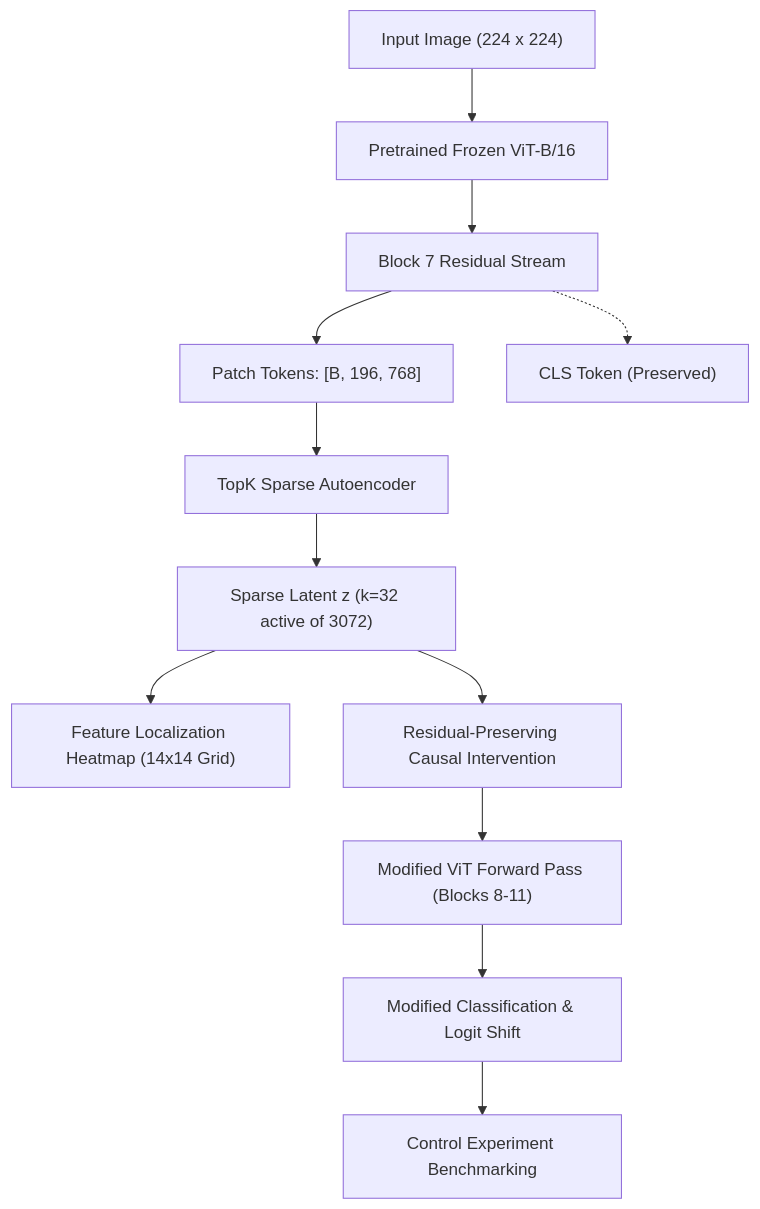
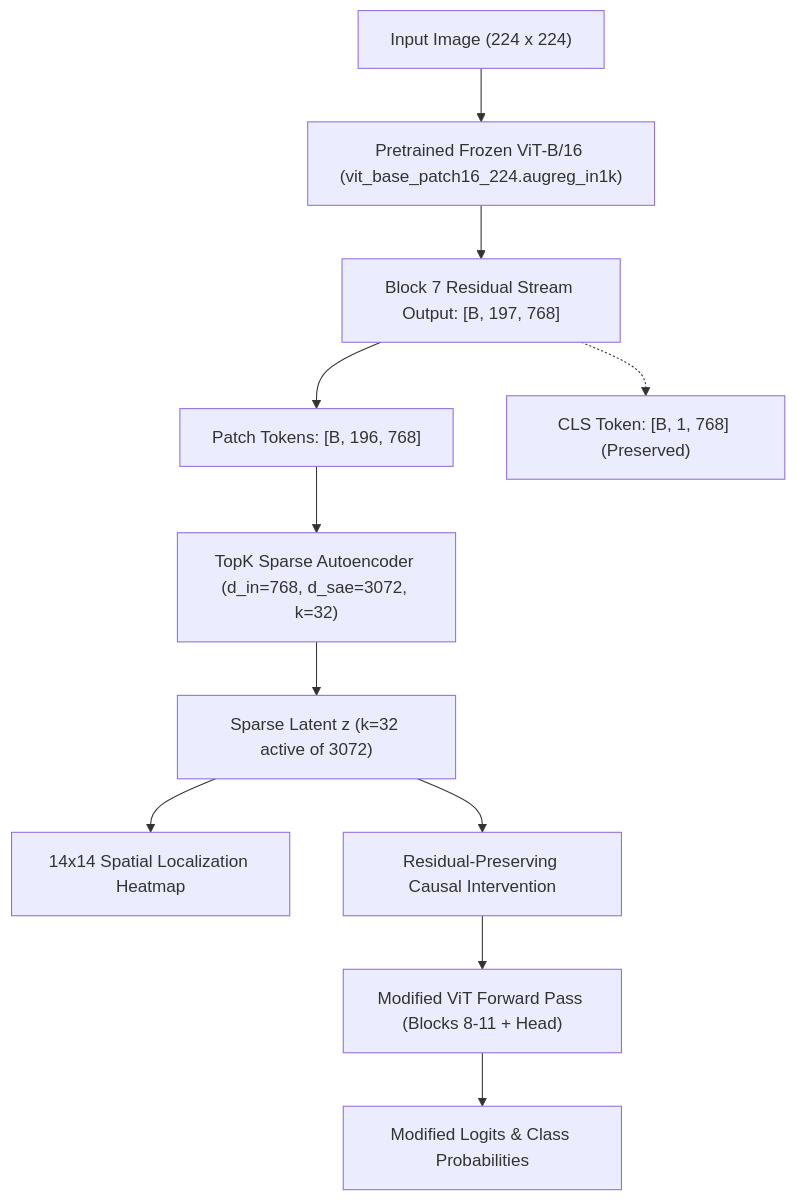
One commit to adityaagrawal02/ViT-LENS changed the diagram in README.md. Above: the diagram before and after it, drawn with Mermaid. The commit also changed other lines of this file and 19 other files, not shown here.

````diff
--- a/README.md
+++ b/README.md
@@ -27,14 +43,13 @@
 ```mermaid
 flowchart TD
-    A["Input Image (224 x 224)"] --> B["Pretrained Frozen ViT-B/16"]
-    B --> C["Block 7 Residual Stream"]
+    A["Input Image (224 x 224)"] --> B["Pretrained Frozen ViT-B/16 (vit_base_patch16_224.augreg_in1k)"]
+    B --> C["Block 7 Residual Stream Output: [B, 197, 768]"]
     C --> D["Patch Tokens: [B, 196, 768]"]
-    C -.-> E["CLS Token (Preserved)"]
-    D --> F["TopK Sparse Autoencoder"]
+    C -.-> E["CLS Token: [B, 1, 768] (Preserved)"]
+    D --> F["TopK Sparse Autoencoder (d_in=768, d_sae=3072, k=32)"]
     F --> G["Sparse Latent z (k=32 active of 3072)"]
-    G --> H["Feature Localization Heatmap (14x14 Grid)"]
+    G --> H["14x14 Spatial Localization Heatmap"]
     G --> I["Residual-Preserving Causal Intervention"]
-    I --> J["Modified ViT Forward Pass (Blocks 8-11)"]
-    J --> K["Modified Classification & Logit Shift"]
-    K --> L["Control Experiment Benchmarking"]
+    I --> J["Modified ViT Forward Pass (Blocks 8-11 + Head)"]
+    J --> K["Modified Logits & Class Probabilities"]
 ```
````
